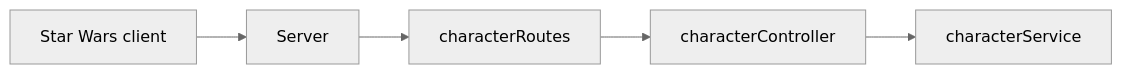
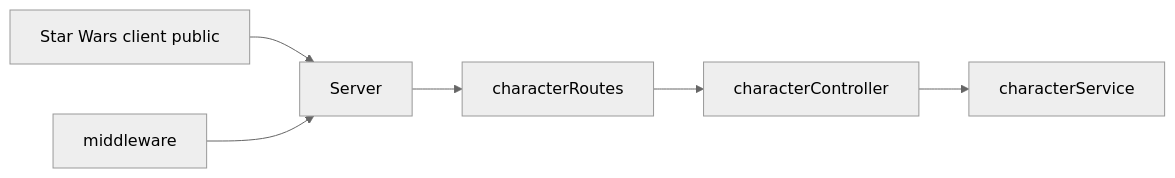
The diagram in readme.md (nicky4gun/starwars_web), drawn with Mermaid (neutral theme) before and after one commit. The commit also changed other lines of this file and 4 other files, not shown here.

````diff
--- a/readme.md
+++ b/readme.md
@@ -3,8 +3,8 @@
 ```mermaid
 flowchart LR
-    A[Star Wars client] --> B[Server]
+    A[Star Wars client public] --> B[Server]
     B --> C[characterRoutes]
     C --> E[characterController]
     E --> F[characterService]
-
+    G[middleware] --> B
 ```
````
